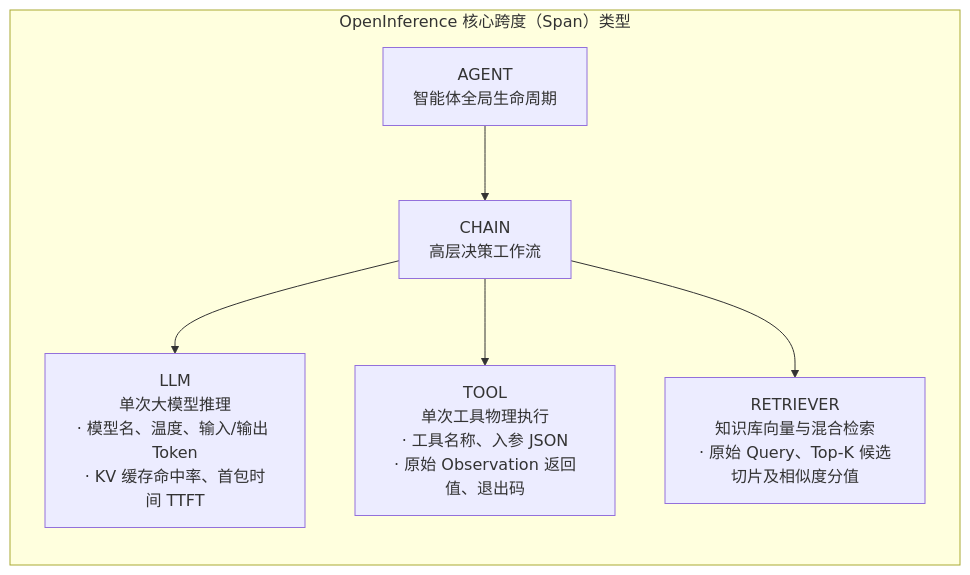
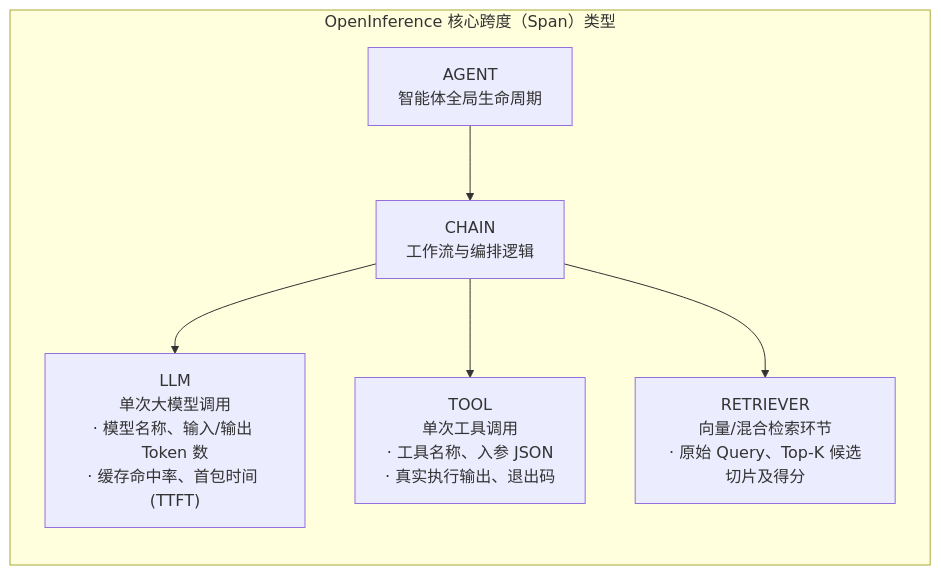
Before and after one commit to ljh12138164/ai-agent-study: the second of 2 diagrams in app/ch07-evaluation/04-observability-and-opentelemetry/page.mdx, drawn with Mermaid. The commit also changed other lines of this file and 43 other files, not shown here.

````diff
--- a/app/ch07-evaluation/04-observability-and-opentelemetry/page.mdx
+++ b/app/ch07-evaluation/04-observability-and-opentelemetry/page.mdx
@@ -45,9 +51,9 @@
 ```mermaid
 graph LR
     subgraph Spans["OpenInference 核心跨度（Span）类型"]
-        S_Agent["AGENT<br/>智能体全局生命周期"] --> S_Chain["CHAIN<br/>高层决策工作流"]
-        S_Chain --> S_LLM["LLM<br/>单次大模型推理<br/>· 模型名、温度、输入/输出 Token<br/>· KV 缓存命中率、首包时间 TTFT"]
-        S_Chain --> S_Tool["TOOL<br/>单次工具物理执行<br/>· 工具名称、入参 JSON<br/>· 原始 Observation 返回值、退出码"]
-        S_Chain --> S_Rerank["RETRIEVER<br/>知识库向量与混合检索<br/>· 原始 Query、Top-K 候选切片及相似度分值"]
+        S_Agent["AGENT<br/>智能体全局生命周期"] --> S_Chain["CHAIN<br/>工作流与编排逻辑"]
+        S_Chain --> S_LLM["LLM<br/>单次大模型调用<br/>· 模型名称、输入/输出 Token 数<br/>· 缓存命中率、首包时间 (TTFT)"]
+        S_Chain --> S_Tool["TOOL<br/>单次工具调用<br/>· 工具名称、入参 JSON<br/>· 真实执行输出、退出码"]
+        S_Chain --> S_Rerank["RETRIEVER<br/>向量/混合检索环节<br/>· 原始 Query、Top-K 候选切片及得分"]
     end
 ```
````
